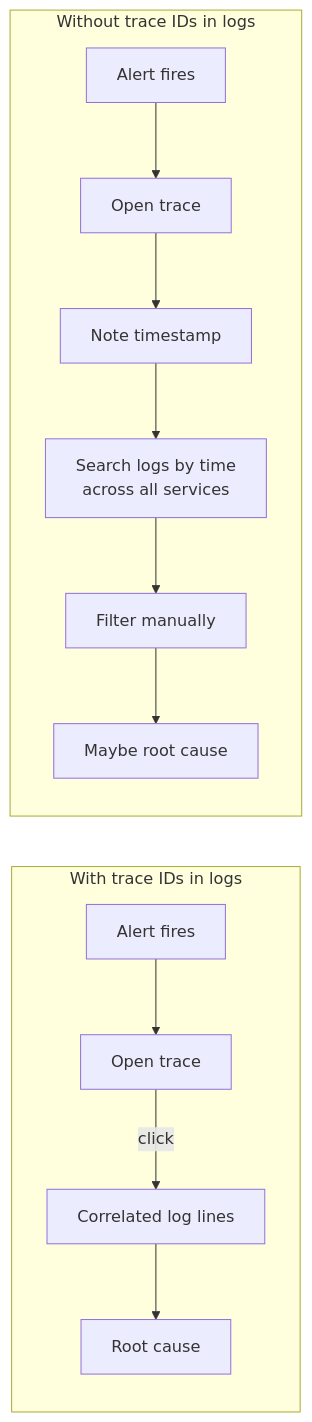
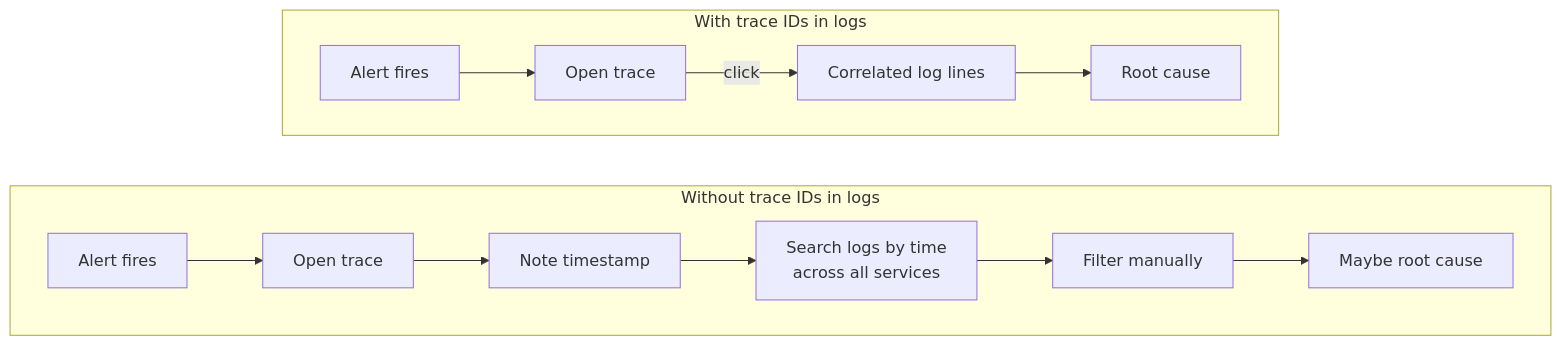
Before and after one commit to radra23/scryops-site: the first of 2 diagrams in content/howtos/wire-trace-ids-into-logs.md, drawn with Mermaid. The commit also changed other lines of this file and 12 other files, not shown here.

```diff
--- a/content/howtos/wire-trace-ids-into-logs.md
+++ b/content/howtos/wire-trace-ids-into-logs.md
@@ -14,15 +14,18 @@
 {{< mermaid caption="Fig. — Trace IDs in logs turn root-causing from a manual timestamp search across every service into a single click from trace to log lines." >}}
-flowchart LR
+flowchart TB
     subgraph With["With trace IDs in logs"]
+        direction LR
         A1[Alert fires] --> B1[Open trace]
         B1 -->|click| C1[Correlated log lines]
         C1 --> D1[Root cause]
     end
     subgraph Without["Without trace IDs in logs"]
+        direction LR
         A2[Alert fires] --> B2[Open trace]
         B2 --> C2[Note timestamp]
         C2 --> D2[Search logs by time<br/>across all services]
         D2 --> E2[Filter manually]
         E2 --> F2[Maybe root cause]
     end
+    With ~~~ Without
 {{< /mermaid >}}
```
